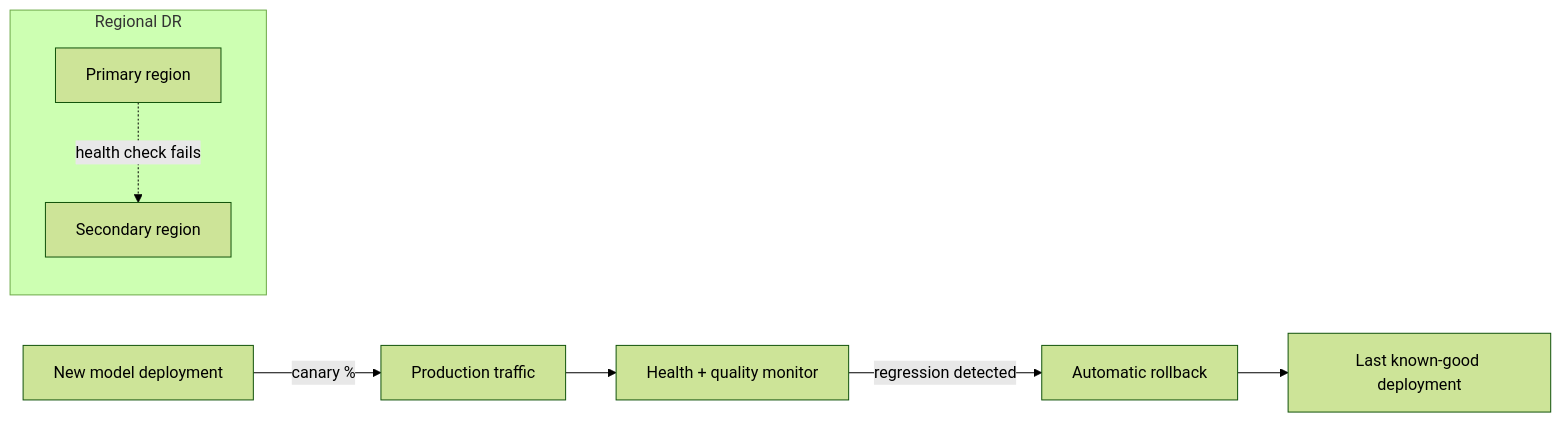
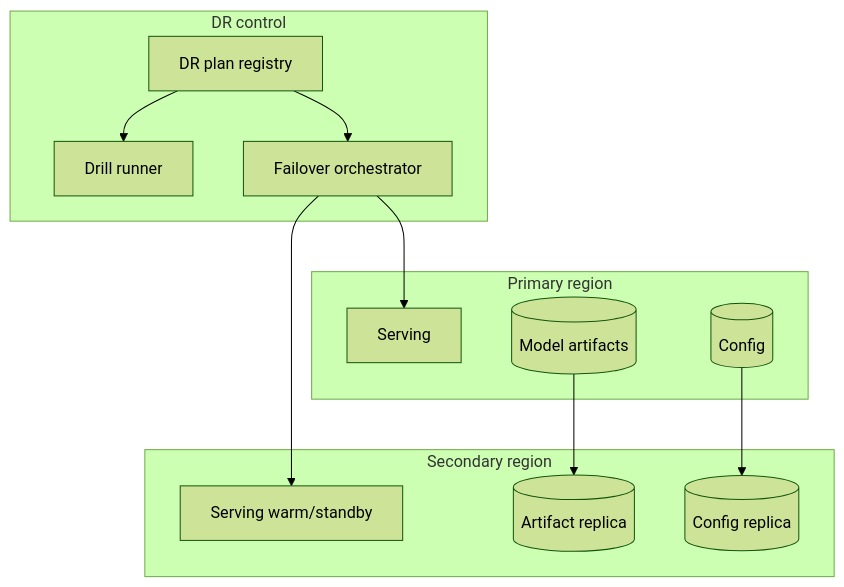
Before and after one commit to vpeetla-ai/ai-architect-interview-playbook: the diagram in ui/content/markdown/cloud-architecture/03-disaster-recovery-for-model-serving.md, drawn with Mermaid (forest theme). The commit also changed other lines of this file and 54 other files, not shown here.

First line of the commit message:
Upgrade system-design APIs and replace HLD flowcharts with architecture diagrams.

````diff
--- a/ui/content/markdown/cloud-architecture/03-disaster-recovery-for-model-serving.md
+++ b/ui/content/markdown/cloud-architecture/03-disaster-recovery-for-model-serving.md
@@ -59,10 +76,24 @@
 ```mermaid
-flowchart LR
-    NEW[New model deployment] -->|canary %| PROD[Production traffic]
-    PROD --> MON[Health + quality monitor]
-    MON -->|regression detected| ROLLBACK[Automatic rollback]
-    ROLLBACK --> LASTGOOD[Last known-good deployment]
-    subgraph Regional DR
-    PRIMARY[Primary region] -.->|health check fails| SECONDARY[Secondary region]
-    end
+graph TB
+  subgraph control [DR control]
+    Plan[DR plan registry]
+    Drill[Drill runner]
+    Failover[Failover orchestrator]
+  end
+  subgraph primary [Primary region]
+    ServeP[Serving]
+    ArtP[(Model artifacts)]
+    CfgP[(Config)]
+  end
+  subgraph secondary [Secondary region]
+    ServeS[Serving warm/standby]
+    ArtS[(Artifact replica)]
+    CfgS[(Config replica)]
+  end
+  Plan --> Drill
+  Plan --> Failover
+  ArtP --> ArtS
+  CfgP --> CfgS
+  Failover --> ServeS
+  Failover --> ServeP
 ```
````
